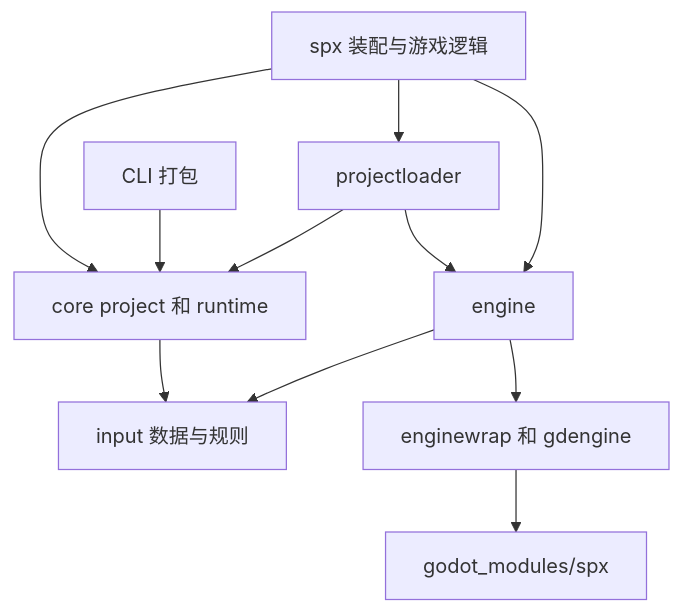
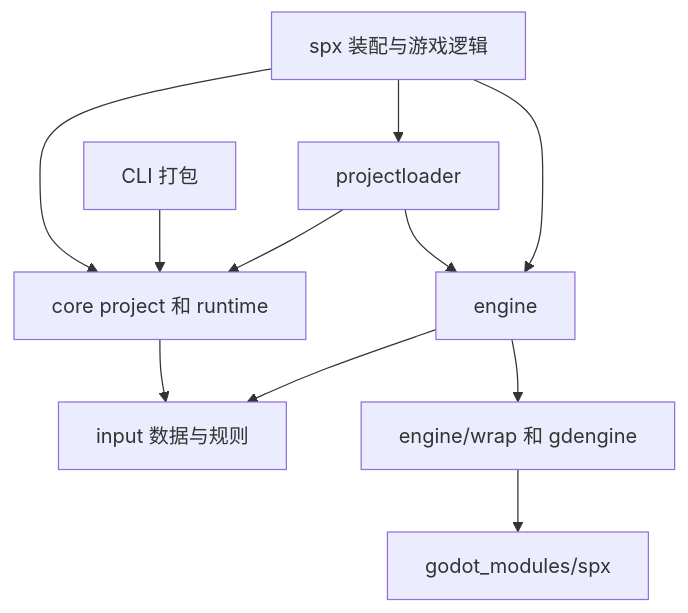
The diagram in docs/zh/dev/engine/architecture.md (goplus/spx), drawn with Mermaid before and after one commit. The commit also changed other lines of this file and 67 other files, not shown here.

First line of the commit message:
refactor(engine): centralize manager dispatch and simplify wrappers (#2199)

````diff
--- a/docs/zh/dev/engine/architecture.md
+++ b/docs/zh/dev/engine/architecture.md
@@ -24,13 +25,13 @@
 ```mermaid
 flowchart TD
     API[spx 装配与游戏逻辑] --> Core[core project 和 runtime]
     API --> Loader[projectloader]
     API --> Engine[engine]
     Loader --> Core
     Loader --> Engine
     Core --> Input[input 数据与规则]
     Engine --> Input
-    Engine --> Wrappers[enginewrap 和 gdengine]
+    Engine --> Wrappers[engine/wrap 和 gdengine]
     Wrappers --> Godot[godot_modules/spx]
     CLI[CLI 打包] --> Core
 ```
````
